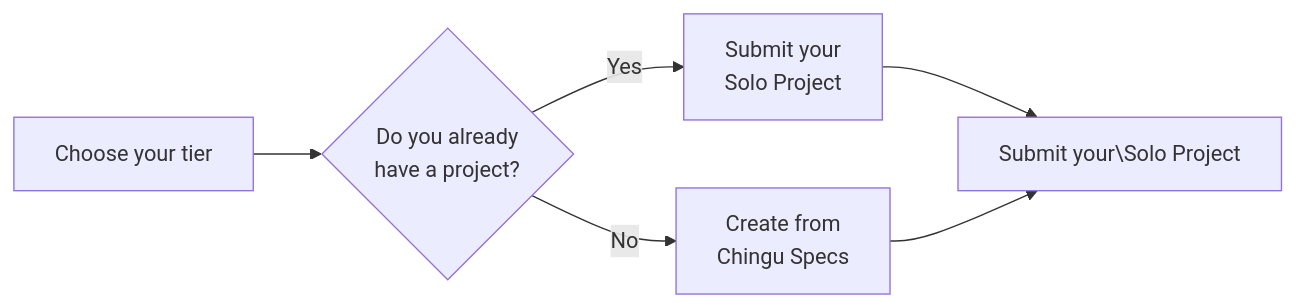
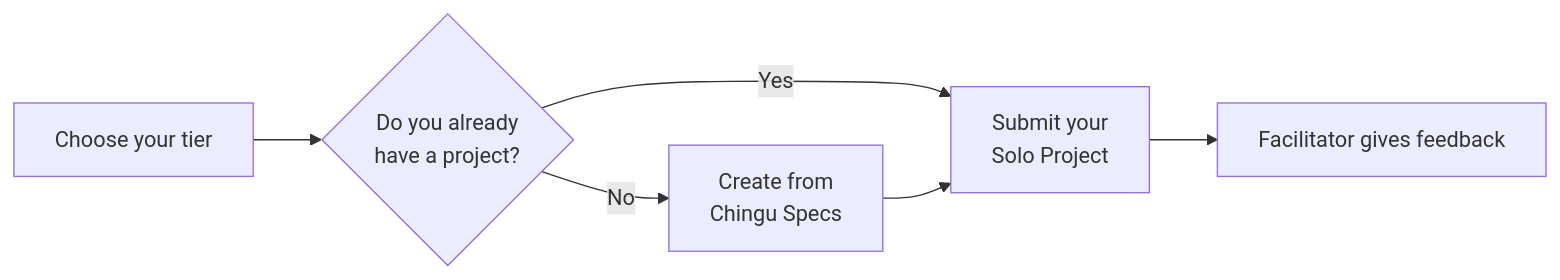
One commit to chingu-voyages/Handbook changed the second of 2 diagrams in docs/gettingstarted/whattodofirst.md. Above: the diagram before and after it, drawn with Mermaid.

Commit message:
Feature: Update Solo Project flow diagram

````diff
--- a/docs/gettingstarted/whattodofirst.md
+++ b/docs/gettingstarted/whattodofirst.md
@@ -64,8 +64,8 @@
 ```mermaid
 graph LR
     A[Choose your tier] --> B{Do you already\nhave a project?}
     B -- Yes --> C[Submit your\nSolo Project]
     B -- No --> D[Create from\nChingu Specs]
-    C --> E[Submit your\Solo Project]
-    D --> E
+    D --> C
+    C --> E[Facilitator gives feedback]
 ```
````
